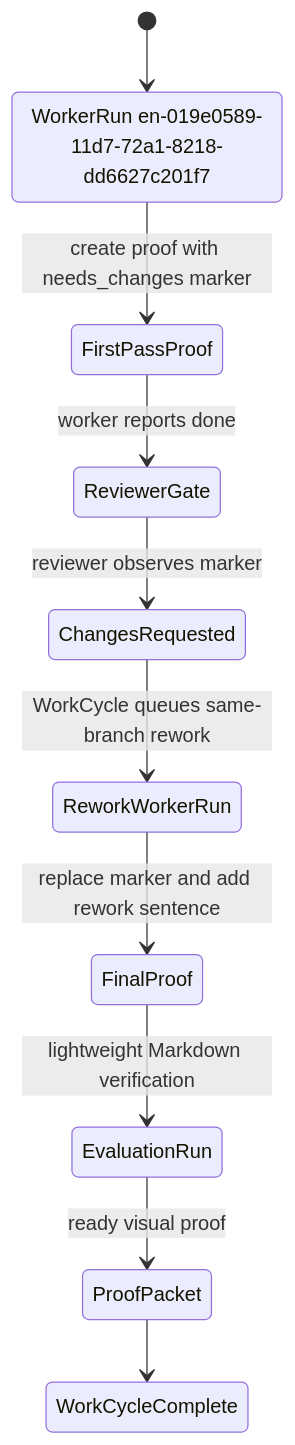
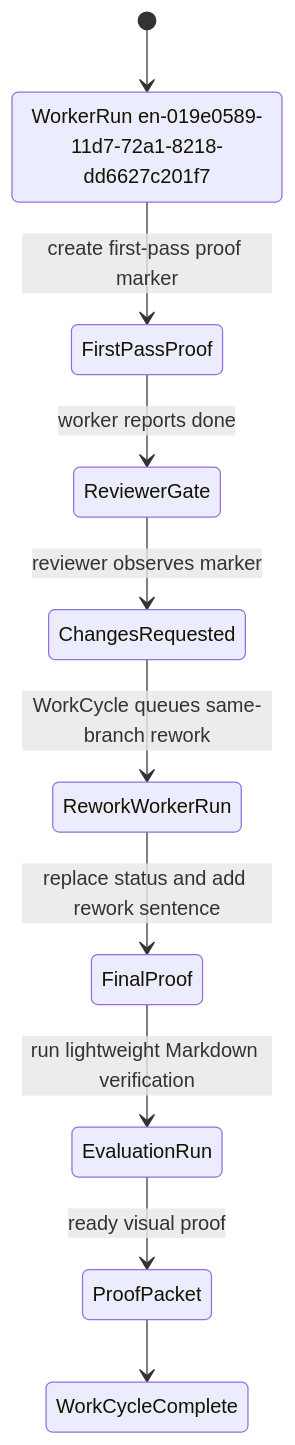
The first of 2 diagrams in .proofs/mac-mini-review-rework-20260508T030158Z.md (nerdsane/openpaw), drawn with Mermaid before and after one commit. The commit also changed other lines of this file, not shown here.

First line of the commit message:
Paw Patrol WorkerRun en-019e0591-d7d7-72a0-85c0-bf23879053ce

````diff
--- a/.proofs/mac-mini-review-rework-20260508T030158Z.md
+++ b/.proofs/mac-mini-review-rework-20260508T030158Z.md
@@ -32,13 +34,13 @@
 ```mermaid
 stateDiagram-v2
     [*] --> FirstWorkerRun
     FirstWorkerRun: WorkerRun en-019e0589-11d7-72a1-8218-dd6627c201f7
-    FirstWorkerRun --> FirstPassProof: create proof with needs_changes marker
+    FirstWorkerRun --> FirstPassProof: create first-pass proof marker
     FirstPassProof --> ReviewerGate: worker reports done
     ReviewerGate --> ChangesRequested: reviewer observes marker
     ChangesRequested --> ReworkWorkerRun: WorkCycle queues same-branch rework
-    ReworkWorkerRun --> FinalProof: replace marker and add rework sentence
-    FinalProof --> EvaluationRun: lightweight Markdown verification
+    ReworkWorkerRun --> FinalProof: replace status and add rework sentence
+    FinalProof --> EvaluationRun: run lightweight Markdown verification
     EvaluationRun --> ProofPacket: ready visual proof
     ProofPacket --> WorkCycleComplete
 ```
````
